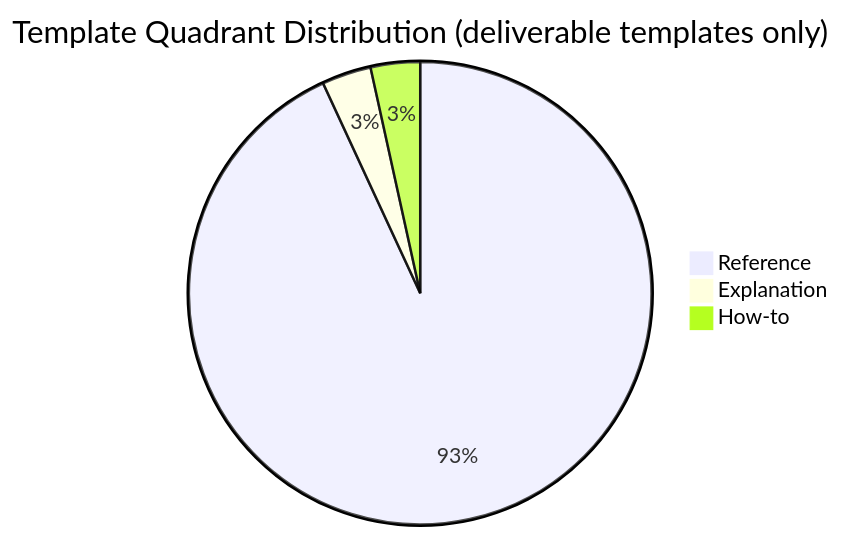
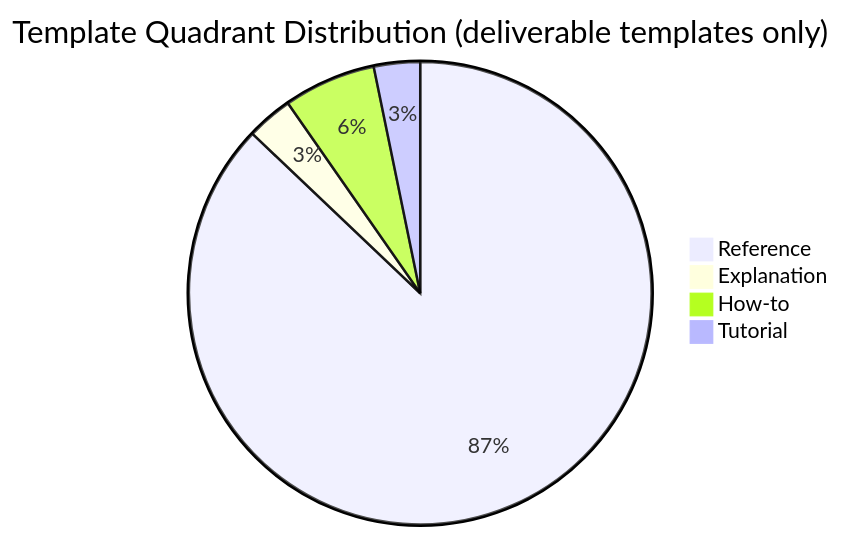
The diagram in get-my-shit-done/references/diataxis-audit.org (Xavier-Brinon/get-my-shit-done), drawn with Mermaid before and after one commit. The commit also changed other lines of this file and 62 other files, not shown here.

```diff
--- a/get-my-shit-done/references/diataxis-audit.org
+++ b/get-my-shit-done/references/diataxis-audit.org
@@ -120,6 +127,7 @@
 #+begin_src mermaid :file diataxis-distribution.png :exports results
 pie title Template Quadrant Distribution (deliverable templates only)
     "Reference" : 27
     "Explanation" : 1
-    "How-to" : 1
+    "How-to" : 2
+    "Tutorial" : 1
 #+end_src
```
